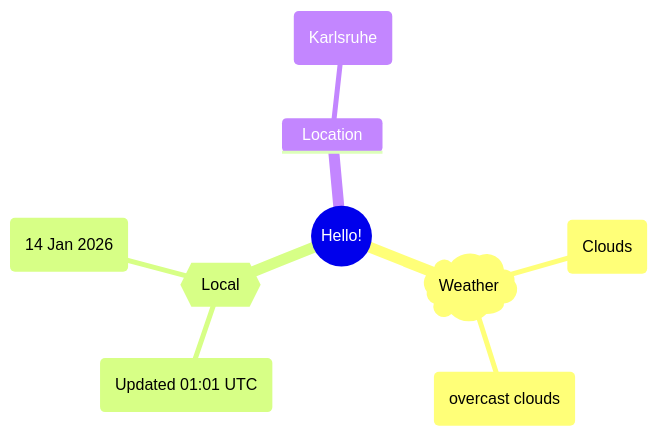
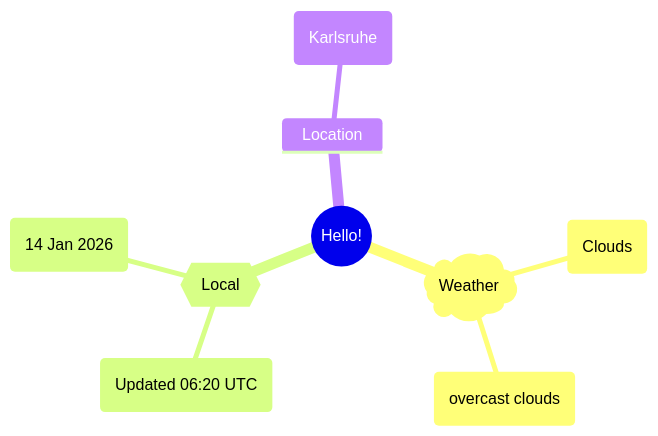
One commit to Xosrov/Xosrov changed the first of 2 diagrams in README.md. Above: the diagram before and after it, drawn with Mermaid.

Commit message:
[bot] updated images

````diff
--- a/README.md
+++ b/README.md
@@ -3,12 +3,12 @@
 ```mermaid
 mindmap
   root((Hello!))
     )Weather(
         (Clouds)
         (overcast clouds)
     {{Local}}
-        (Updated 01:01 UTC)
+        (Updated 06:20 UTC)
         (14 Jan 2026)
     Location
         (Karlsruhe)
 ```
````
